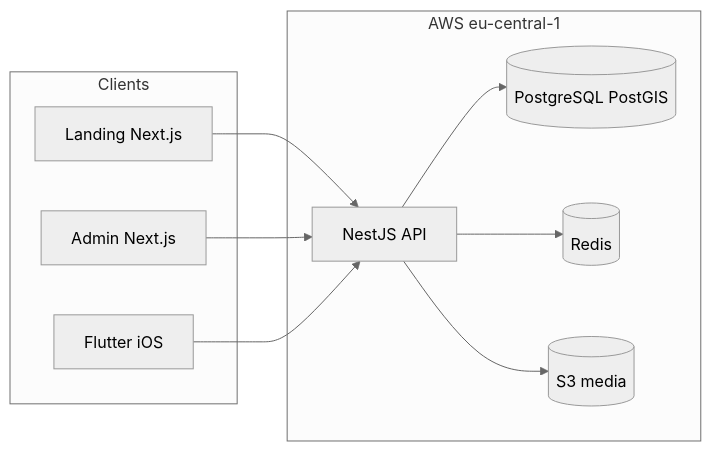
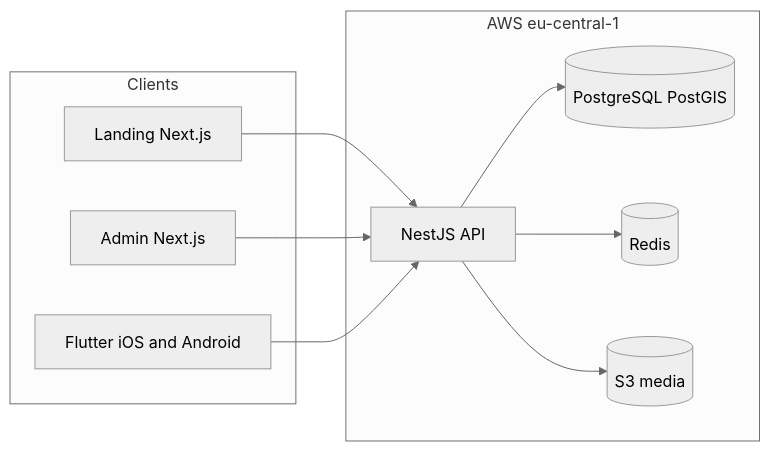
The diagram in README.md (ivanmitkovski/chisto-mk), drawn with Mermaid (neutral theme) before and after one commit. The commit also changed other lines of this file and 25 other files, not shown here.

````diff
--- a/README.md
+++ b/README.md
@@ -39,22 +40,22 @@
 ```mermaid
 flowchart LR
   subgraph clients [Clients]
     Landing[Landing Next.js]
     Admin[Admin Next.js]
-    Mobile[Flutter iOS]
+    Mobile[Flutter iOS and Android]
   end
 
   subgraph aws [AWS eu-central-1]
     API[NestJS API]
     PG[(PostgreSQL PostGIS)]
     Redis[(Redis)]
     S3[(S3 media)]
   end
 
   Landing --> API
   Admin --> API
   Mobile --> API
   API --> PG
   API --> Redis
   API --> S3
 ```
````
